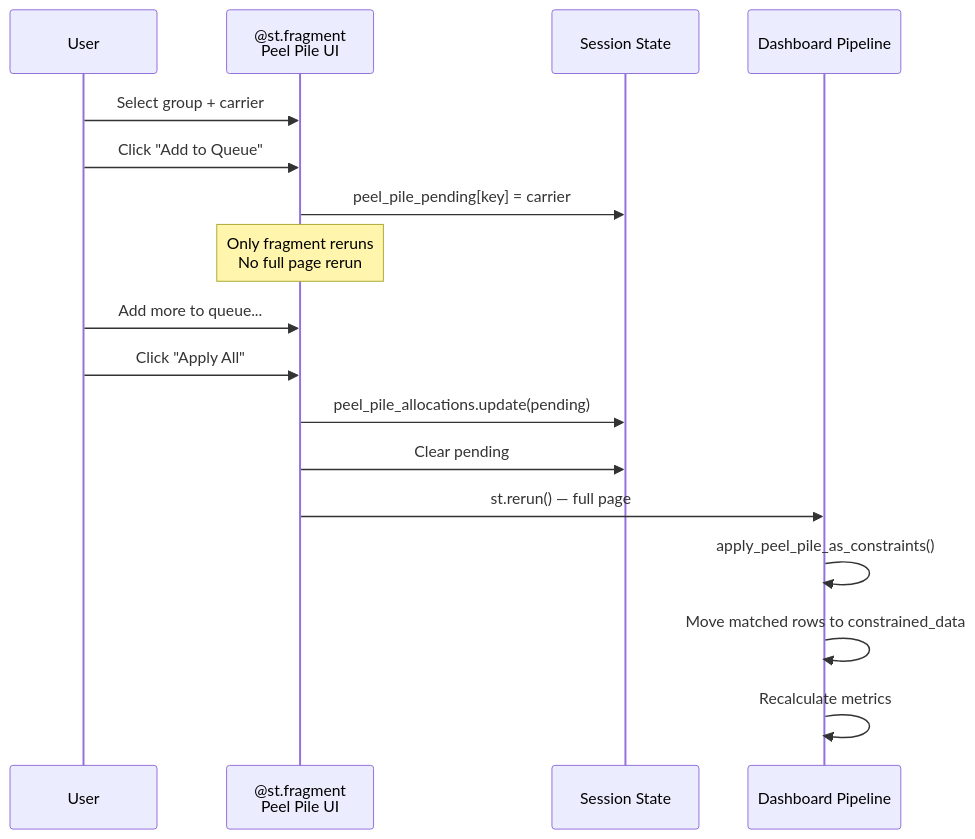
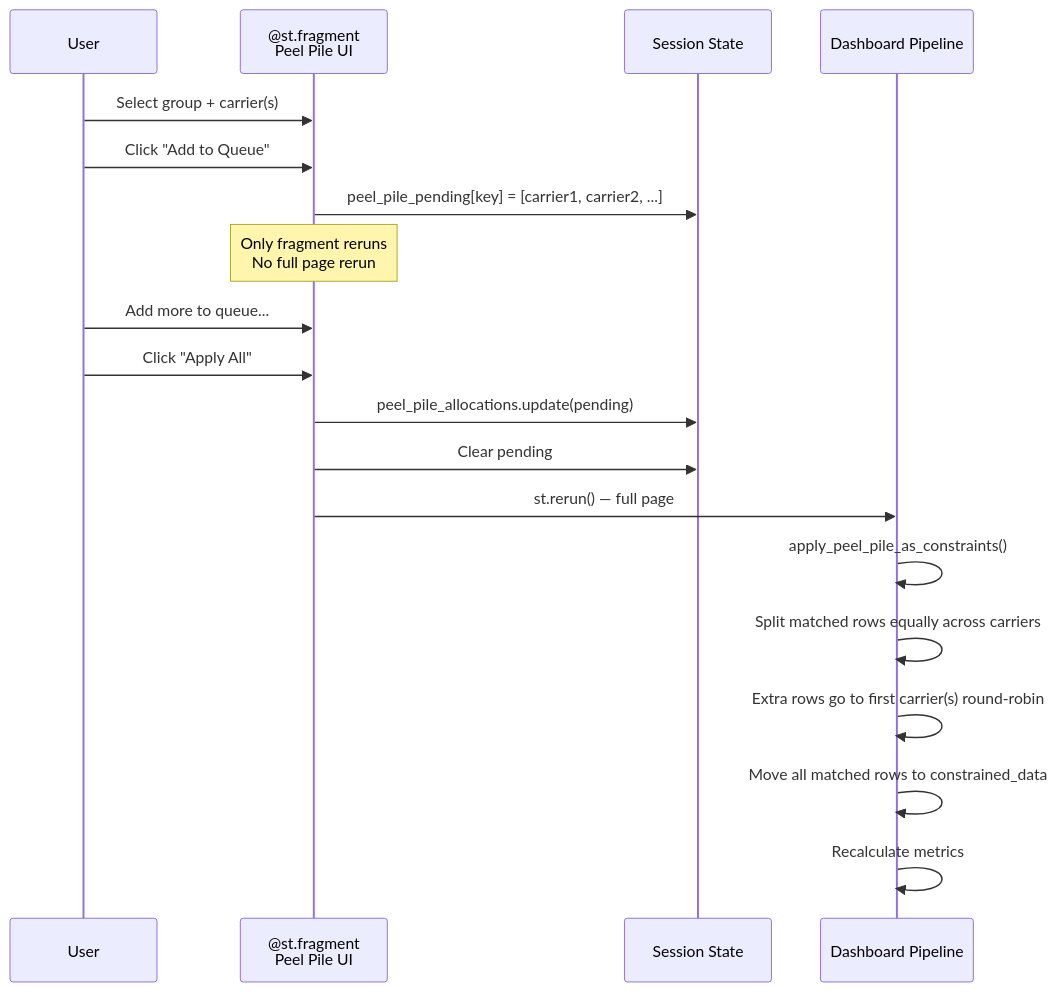
Before and after one commit to AbdiacesMahamed/tender-optimization: the fourth of 5 diagrams in docs/ARCHITECTURE.md, drawn with Mermaid. The commit also changed other lines of this file and 5 other files, not shown here.

Commit message:
Fix constrained download to include all columns (Carrier Flips); update docs

````diff
--- a/docs/ARCHITECTURE.md
+++ b/docs/ARCHITECTURE.md
@@ -180,23 +180,25 @@
 ```mermaid
 sequenceDiagram
     participant User
     participant Fragment as @st.fragment<br/>Peel Pile UI
     participant State as Session State
     participant Pipeline as Dashboard Pipeline
 
-    User->>Fragment: Select group + carrier
+    User->>Fragment: Select group + carrier(s)
     User->>Fragment: Click "Add to Queue"
-    Fragment->>State: peel_pile_pending[key] = carrier
+    Fragment->>State: peel_pile_pending[key] = [carrier1, carrier2, ...]
     Note over Fragment: Only fragment reruns<br/>No full page rerun
 
     User->>Fragment: Add more to queue...
 
     User->>Fragment: Click "Apply All"
     Fragment->>State: peel_pile_allocations.update(pending)
     Fragment->>State: Clear pending
     Fragment->>Pipeline: st.rerun() — full page
 
     Pipeline->>Pipeline: apply_peel_pile_as_constraints()
-    Pipeline->>Pipeline: Move matched rows to constrained_data
+    Pipeline->>Pipeline: Split matched rows equally across carriers
+    Pipeline->>Pipeline: Extra rows go to first carrier(s) round-robin
+    Pipeline->>Pipeline: Move all matched rows to constrained_data
     Pipeline->>Pipeline: Recalculate metrics
 ```
````
